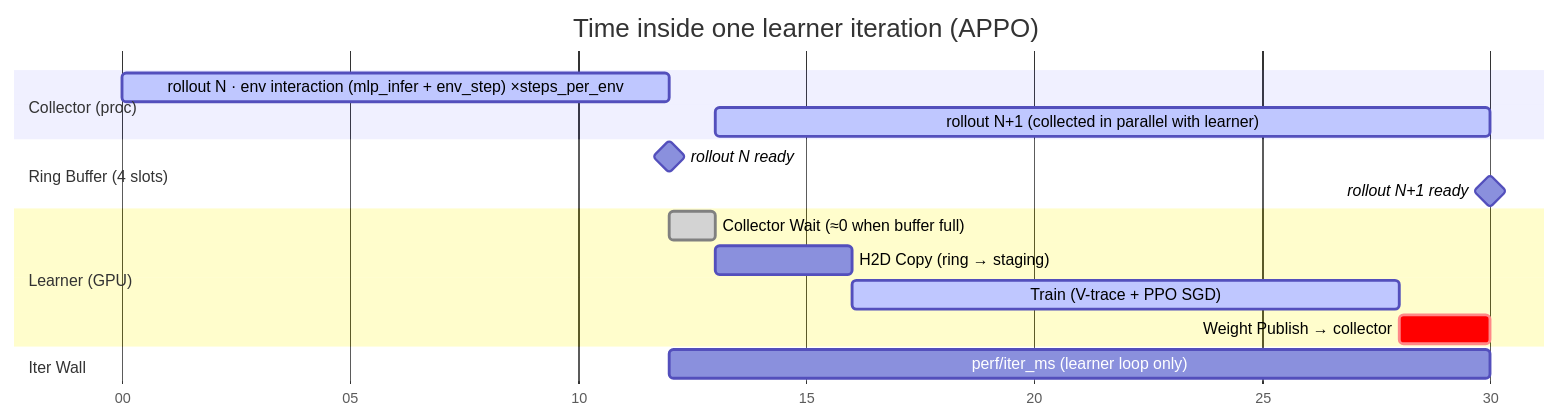
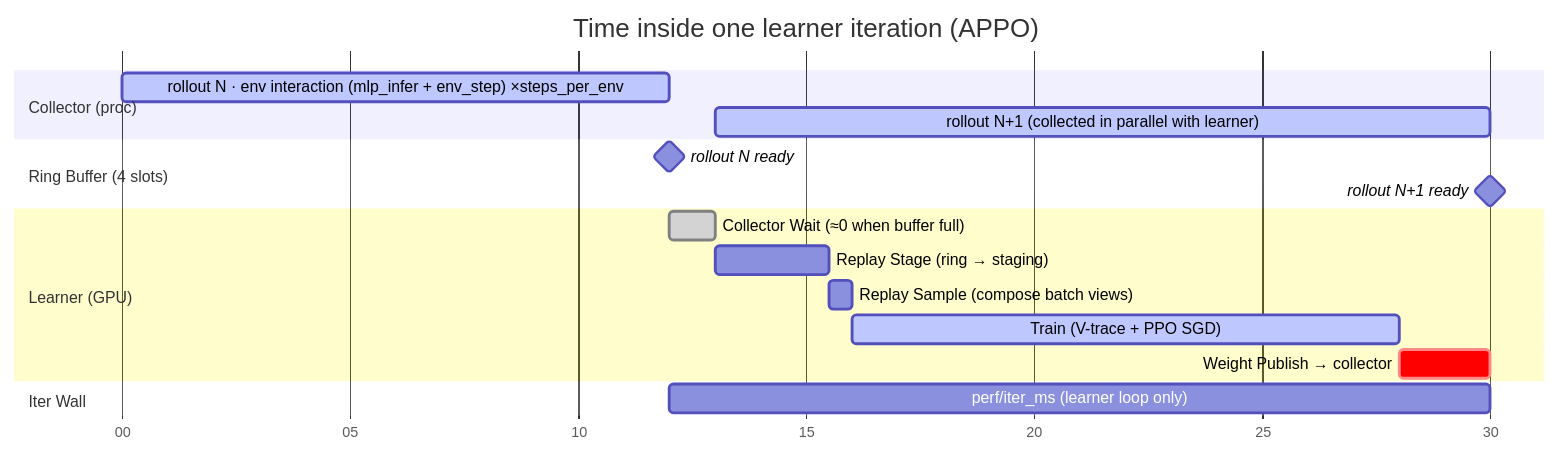
One commit to Motphys/UniLab changed the diagram in docs/sphinx/source/en/2-user_guide/2-algorithms/2-appo.md. Above: the diagram before and after it, drawn with Mermaid. The commit also changed 14 other files, not shown here.

````diff
--- a/docs/sphinx/source/en/2-user_guide/2-algorithms/2-appo.md
+++ b/docs/sphinx/source/en/2-user_guide/2-algorithms/2-appo.md
@@ -41,23 +41,24 @@
 ```{mermaid}
 gantt
     title Time inside one learner iteration (APPO)
     dateFormat x
     axisFormat %S
 
     section Collector (proc)
     rollout N · env interaction (mlp_infer + env_step) ×steps_per_env :active, c0, 0, 12000
     rollout N+1 (collected in parallel with learner)                  :active, c1, 13000, 30000
 
     section Ring Buffer (4 slots)
     rollout N ready    :milestone, r0, 12000, 12000
     rollout N+1 ready  :milestone, r1, 30000, 30000
 
     section Learner (GPU)
     Collector Wait (≈0 when buffer full)  :done,   l0, 12000, 13000
-    H2D Copy (ring → staging)             :        l1, 13000, 16000
-    Train (V-trace + PPO SGD)             :active, l2, 16000, 28000
-    Weight Publish → collector            :crit,   l3, 28000, 30000
+    Replay Stage (ring → staging)         :        l1, 13000, 15500
+    Replay Sample (compose batch views)   :        l2, 15500, 16000
+    Train (V-trace + PPO SGD)             :active, l3, 16000, 28000
+    Weight Publish → collector            :crit,   l4, 28000, 30000
 
     section Iter Wall
-    perf/iter_ms (learner loop only)      :        l4, 12000, 30000
+    perf/iter_ms (learner loop only)      :        l5, 12000, 30000
 ```
````
